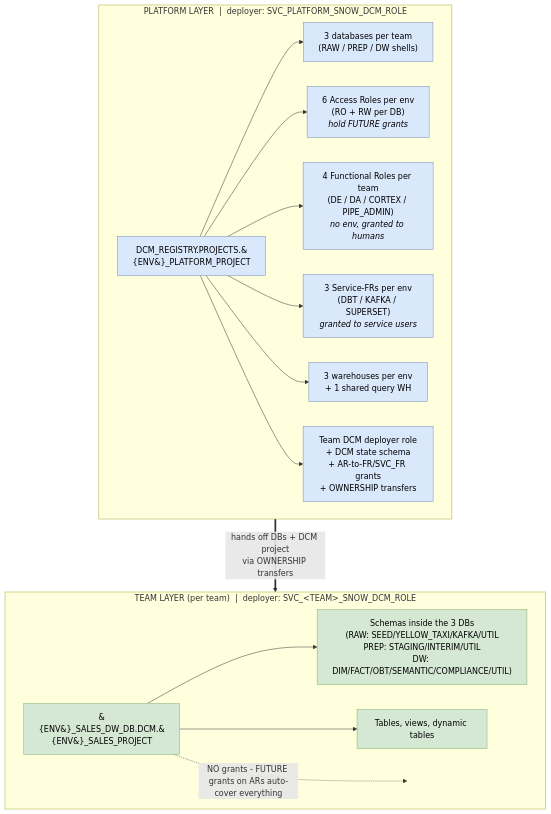
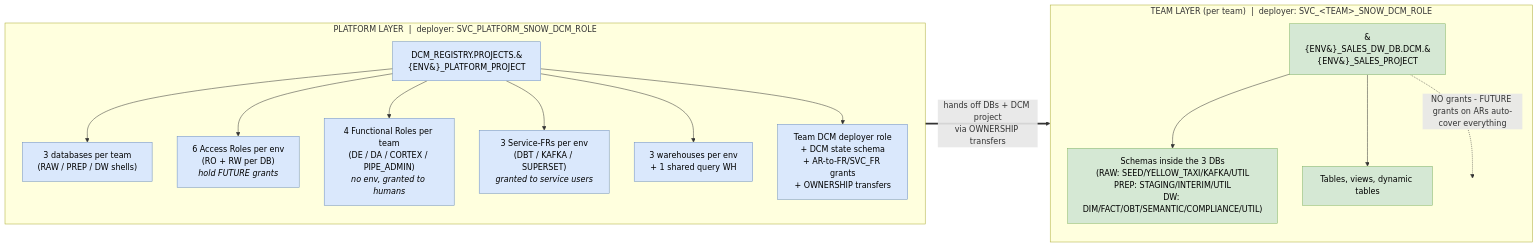
One commit to entechlog/snowflake-examples changed the first of 2 diagrams in snow-infra/dcm/README.md. Above: the diagram before and after it, drawn with Mermaid.

Commit message:
changes to lay out hybrid architecture diagram left-to-right
Switches the top-level mermaid flowchart from TB to LR so platform and
team subgraphs sit side-by-side instead of stacked. Each subgraph keeps
its children stacked vertically via explicit direction=TB. Roughly
halves the vertical footprint of the diagram on GitHub render.

````diff
--- a/snow-infra/dcm/README.md
+++ b/snow-infra/dcm/README.md
@@ -28,28 +28,30 @@
 ```mermaid
-flowchart TB
+flowchart LR
     subgraph PLATFORM["PLATFORM LAYER &nbsp;|&nbsp; deployer: SVC_PLATFORM_SNOW_DCM_ROLE"]
+        direction TB
         PP["DCM_REGISTRY.PROJECTS.&#123;ENV&#125;_PLATFORM_PROJECT"]
         PP --> DBS["3 databases per team<br/>(RAW / PREP / DW shells)"]
         PP --> AR["6 Access Roles per env<br/>(RO + RW per DB)<br/><i>hold FUTURE grants</i>"]
         PP --> FR["4 Functional Roles per team<br/>(DE / DA / CORTEX / PIPE_ADMIN)<br/><i>no env, granted to humans</i>"]
         PP --> SVCFR["3 Service-FRs per env<br/>(DBT / KAFKA / SUPERSET)<br/><i>granted to service users</i>"]
         PP --> WHS["3 warehouses per env<br/>+ 1 shared query WH"]
         PP --> SCAFF["Team DCM deployer role<br/>+ DCM state schema<br/>+ AR-to-FR/SVC_FR grants<br/>+ OWNERSHIP transfers"]
     end
 
     subgraph TEAM["TEAM LAYER (per team) &nbsp;|&nbsp; deployer: SVC_&lt;TEAM&gt;_SNOW_DCM_ROLE"]
+        direction TB
         TP["&#123;ENV&#125;_SALES_DW_DB.DCM.&#123;ENV&#125;_SALES_PROJECT"]
         TP --> SCHEMAS["Schemas inside the 3 DBs<br/>(RAW: SEED/YELLOW_TAXI/KAFKA/UTIL<br/>PREP: STAGING/INTERIM/UTIL<br/>DW: DIM/FACT/OBT/SEMANTIC/COMPLIANCE/UTIL)"]
         TP --> TVS["Tables, views, dynamic tables"]
         TP -.->|"NO grants - FUTURE grants on ARs auto-cover everything"| NOGRANT[" "]
     end
 
     PLATFORM ==>|"hands off DBs + DCM project<br/>via OWNERSHIP transfers"| TEAM
 
     classDef platform fill:#dae8fc,stroke:#6c8ebf,color:#000
     classDef team fill:#d5e8d4,stroke:#82b366,color:#000
     classDef hidden fill:none,stroke:none
     class PP,DBS,AR,FR,SVCFR,WHS,SCAFF platform
     class TP,SCHEMAS,TVS team
     class NOGRANT hidden
 ```
````
